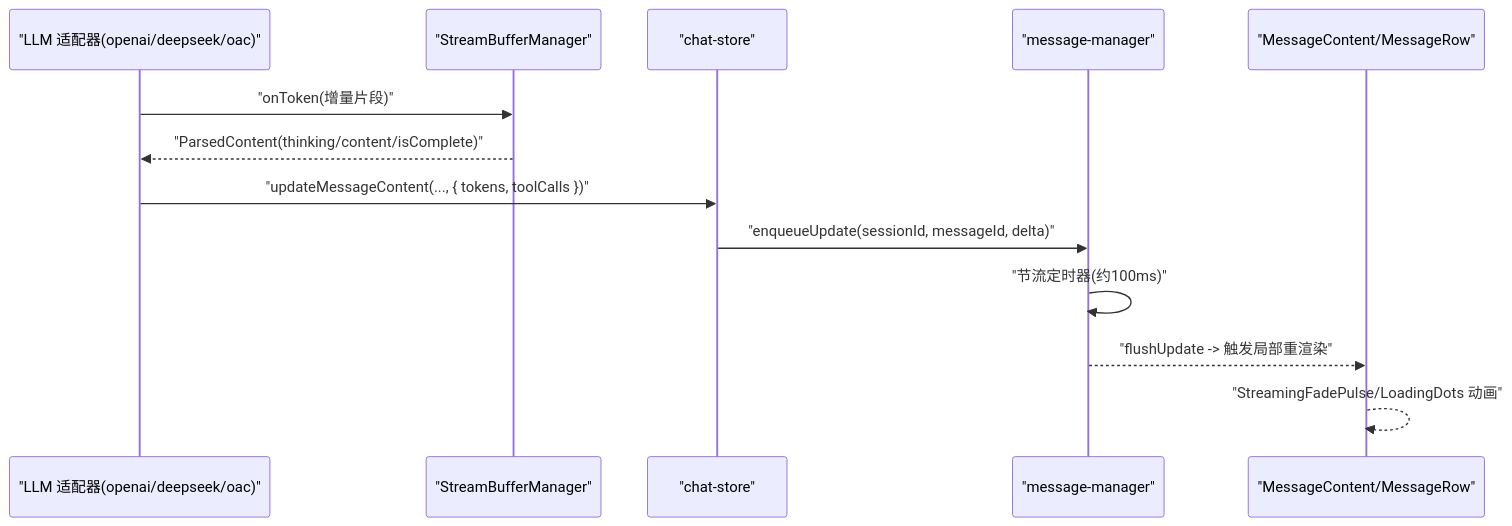
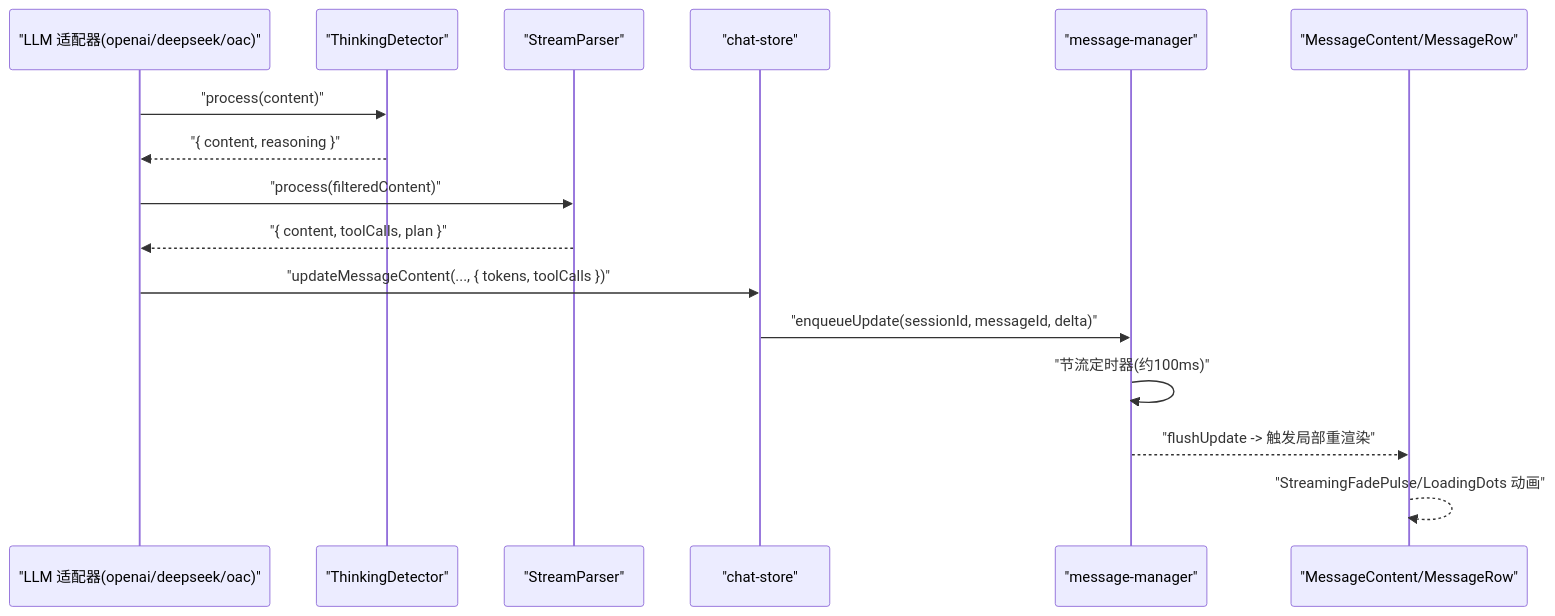
Before and after one commit to NarcisWL/Nexara: the second of 9 diagrams in .qoder/repowiki/zh/content/聊天系统详解/流式响应处理.md, drawn with Mermaid. The commit also changed other lines of this file and 4 other files, not shown here.

Commit message:
docs(wiki): update documentation for ThinkingDetector and chat refactoring

````diff
--- a/.qoder/repowiki/zh/content/聊天系统详解/流式响应处理.md
+++ b/.qoder/repowiki/zh/content/聊天系统详解/流式响应处理.md
@@ -144,15 +133,18 @@
 ```mermaid
 sequenceDiagram
 participant Prov as "LLM 适配器(openai/deepseek/oac)"
-participant Parser as "StreamBufferManager"
+participant TD as "ThinkingDetector"
+participant SP as "StreamParser"
 participant Store as "chat-store"
 participant MM as "message-manager"
 participant UI as "MessageContent/MessageRow"
-Prov->>Parser : "onToken(增量片段)"
-Parser-->>Prov : "ParsedContent(thinking/content/isComplete)"
+Prov->>TD : "process(content)"
+TD-->>Prov : "{ content, reasoning }"
+Prov->>SP : "process(filteredContent)"
+SP-->>Prov : "{ content, toolCalls, plan }"
 Prov->>Store : "updateMessageContent(..., { tokens, toolCalls })"
 Store->>MM : "enqueueUpdate(sessionId, messageId, delta)"
 MM->>MM : "节流定时器(约100ms)"
 MM-->>UI : "flushUpdate -> 触发局部重渲染"
 UI-->>UI : "StreamingFadePulse/LoadingDots 动画"
 ```
````
